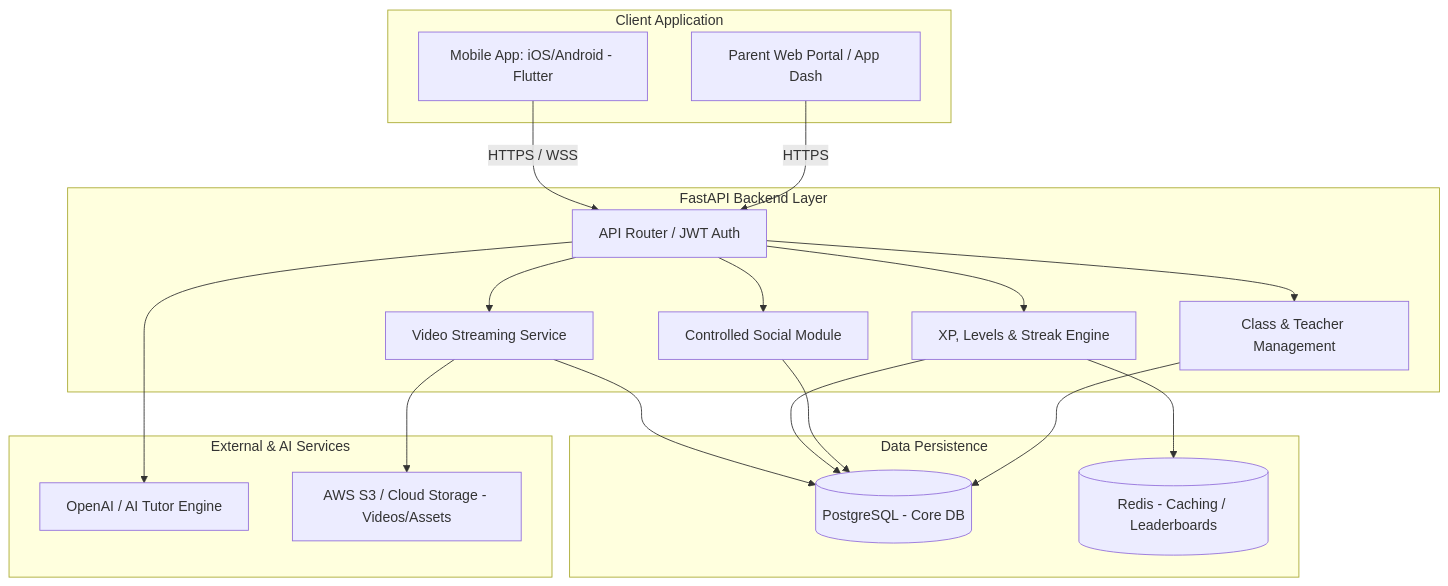
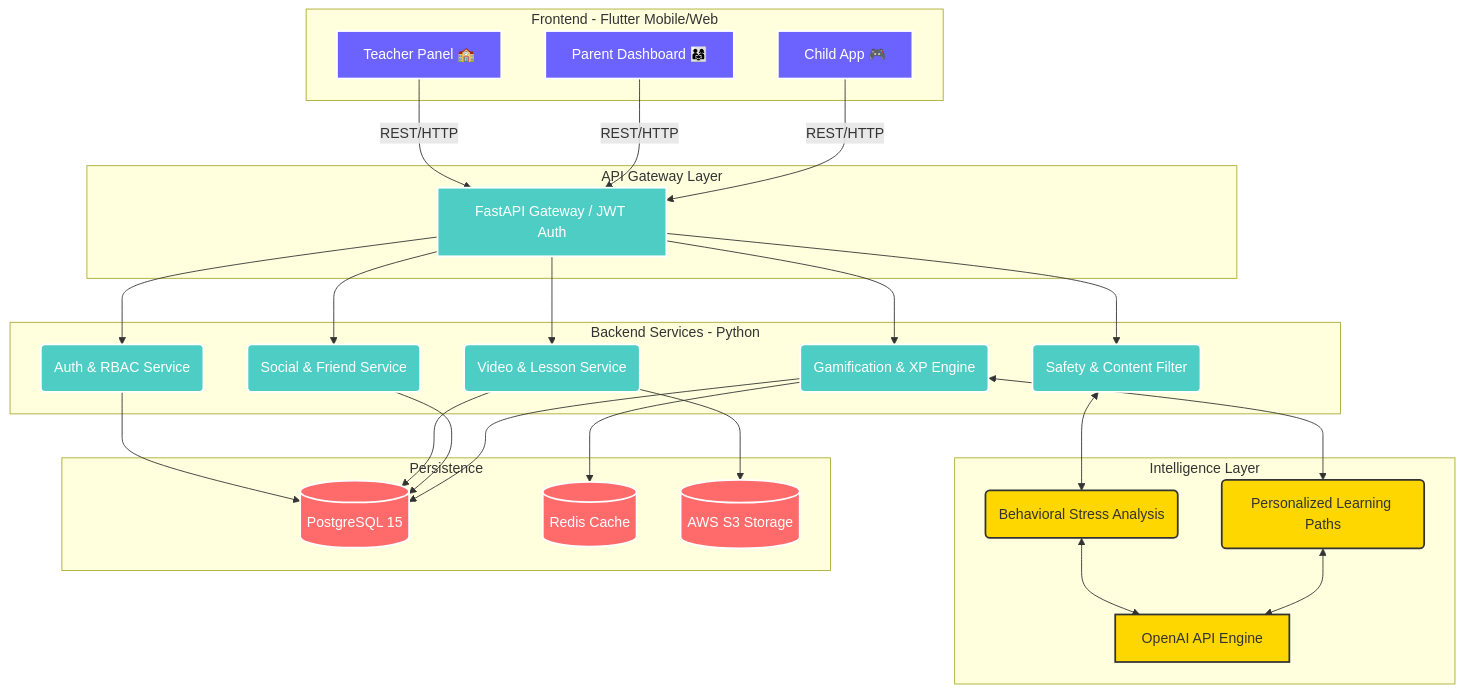
The diagram in docs/diagrams/system_architecture.md (FarhanRajputFelix/KIDO), drawn with Mermaid before and after one commit. The commit also changed other lines of this file and 1 other file, not shown here.

Commit message:
docs: add Mermaid system architecture and PPTX generator script

````diff
--- a/docs/diagrams/system_architecture.md
+++ b/docs/diagrams/system_architecture.md
@@ -1,49 +3,68 @@
 ```mermaid
 graph TD
-    %% Core Mobile App layer
-    subgraph Client Application
-        FlutterApp[Mobile App: iOS/Android - Flutter]
-        ParentDashboard[Parent Web Portal / App Dash]
+    %% Define Styles
+    classDef client fill:#6C63FF,stroke:#fff,stroke-width:2px,color:#fff;
+    classDef backend fill:#4ECDC4,stroke:#fff,stroke-width:2px,color:#fff;
+    classDef db fill:#FF6B6B,stroke:#fff,stroke-width:2px,color:#fff;
+    classDef ai fill:#FFD700,stroke:#333,stroke-width:2px,color:#333;
+    classDef service fill:#2D2D3F,stroke:#fff,stroke-width:2px,color:#fff;
+
+    %% Client Layer
+    subgraph Client Layer [Frontend - Flutter Mobile/Web]
+        F_Child[Child App 🎮]:::client
+        F_Parent[Parent Dashboard 👨‍👩‍👧]:::client
+        F_Teacher[Teacher Panel 🏫]:::client
     end
 
-    %% API Gateway / Middleware
-    subgraph Backend Services [FastAPI Backend Layer]
-        API_Gateway[API Router / JWT Auth]
-        VideoService[Video Streaming Service]
-        GamificationService[XP, Levels & Streak Engine]
-        SocialService[Controlled Social Module]
-        SchoolService[Class & Teacher Management]
+    %% Security Gateway Layer
+    subgraph API Gateway Layer
+        API[FastAPI Gateway / JWT Auth]:::backend
     end
 
-    %% Database & Cache
-    subgraph Data Persistence
-        PostgreSQL[(PostgreSQL - Core DB)]
-        Redis[(Redis - Caching / Leaderboards)]
+    %% Business Logic Layer
+    subgraph Core Services [Backend Services - Python]
+        S_Auth(Auth & RBAC Service):::backend
+        S_Game(Gamification & XP Engine):::backend
+        S_Social(Social & Friend Service):::backend
+        S_Safety(Safety & Content Filter):::backend
+        S_Content(Video & Lesson Service):::backend
     end
 
-    %% AI / External Integrations
-    subgraph External & AI Services
-        OpenAI[OpenAI / AI Tutor Engine]
-        CloudStorage[AWS S3 / Cloud Storage - Videos/Assets]
+    %% AI Layer
+    subgraph AI Engine [Intelligence Layer]
+        AI_Path(Personalized Learning Paths):::ai
+        AI_Behavior(Behavioral Stress Analysis):::ai
+        LLM[OpenAI API Engine]:::ai
+    end
+
+    %% Database Layer
+    subgraph Data Layer [Persistence]
+        DB[(PostgreSQL 15)]:::db
+        Redis[(Redis Cache)]:::db
+        S3[(AWS S3 Storage)]:::db
     end
 
     %% Connections
-    FlutterApp --> |HTTPS / WSS| API_Gateway
-    ParentDashboard --> |HTTPS| API_Gateway
+    F_Child -->|REST/HTTP| API
+    F_Parent -->|REST/HTTP| API
+    F_Teacher -->|REST/HTTP| API
 
-    API_Gateway --> VideoService
-    API_Gateway --> GamificationService
-    API_Gateway --> SocialService
-    API_Gateway --> SchoolService
+    API --> S_Auth
+    API --> S_Game
+    API --> S_Social
+    API --> S_Safety
+    API --> S_Content
 
-    VideoService --> CloudStorage
-    VideoService --> PostgreSQL
-    
-    GamificationService --> PostgreSQL
-    GamificationService --> Redis
-    
-    SocialService --> PostgreSQL
-    SchoolService --> PostgreSQL
+    S_Game --> DB
+    S_Social --> DB
+    S_Content --> DB
+    S_Auth --> DB
 
-    API_Gateway --> OpenAI
+    S_Content --> S3
+    S_Game --> Redis
+
+    S_Game <--> AI_Path
+    S_Safety <--> AI_Behavior
+    AI_Path <--> LLM
+    AI_Behavior <--> LLM
 ```
````
